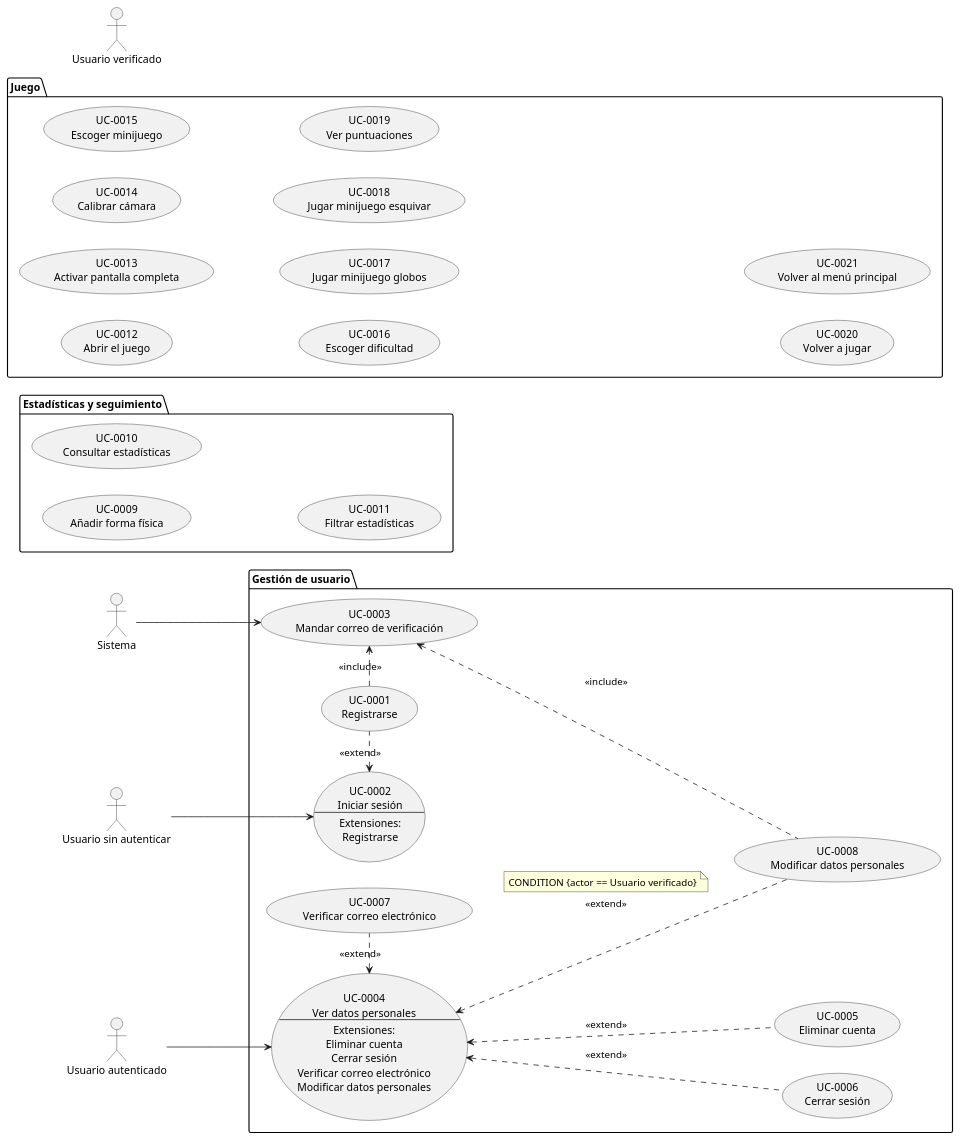
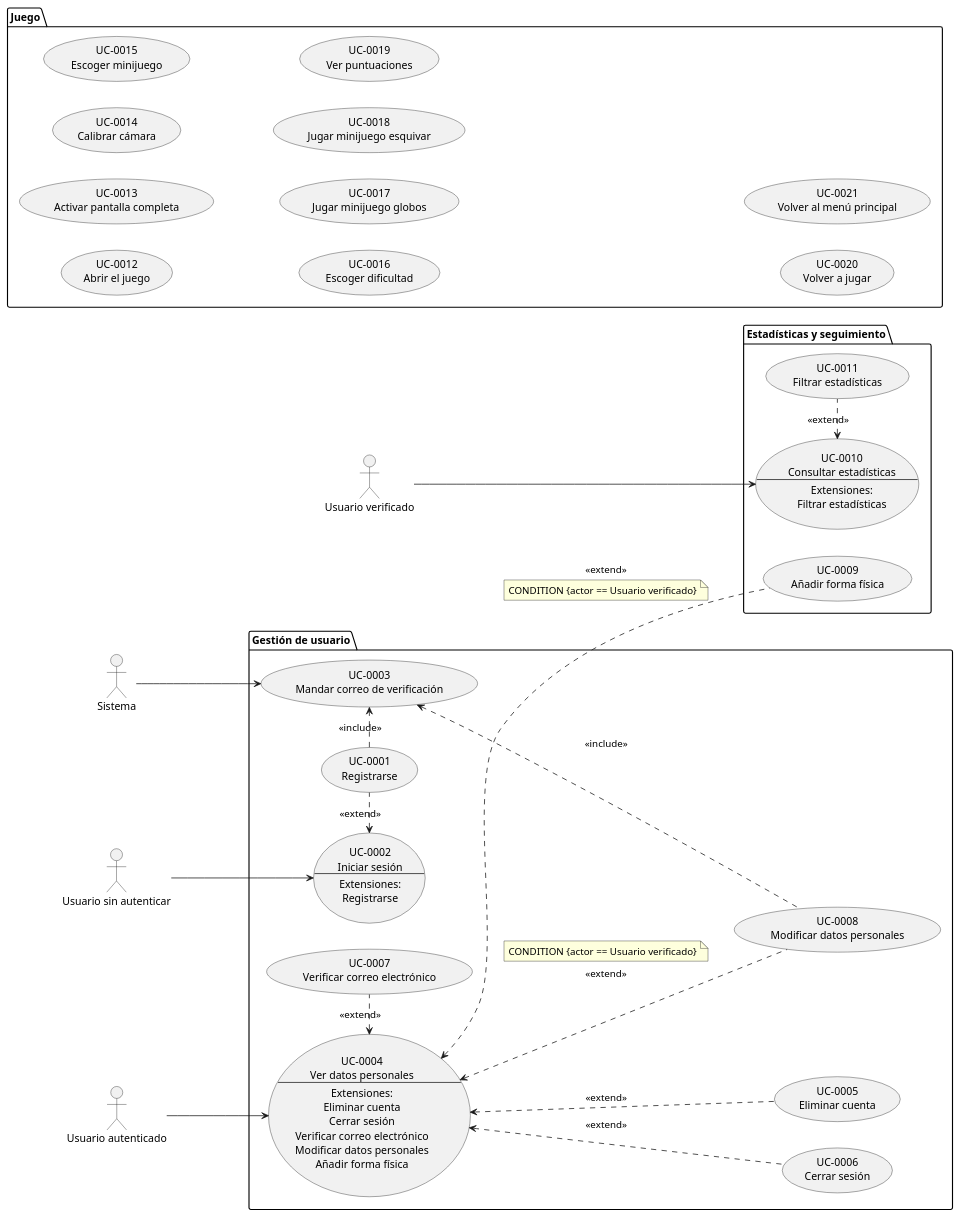
One commit to Luengor/RINL changed the diagram in docs/anexo1/plants/casosuso.puml. Above: the diagram before and after it, drawn with PlantUML.

Commit message:
diagrama cu paquete de estadísticas

```diff
--- a/docs/anexo1/plants/casosuso.puml
+++ b/docs/anexo1/plants/casosuso.puml
@@ -1,72 +1,86 @@
 @startuml "casosuso"
 
 :Sistema: as sys
 :Usuario sin autenticar: as anon
 :Usuario autenticado: as userauth
 :Usuario verificado: as userverif 
 
 left to right direction
 package "Gestión de usuario" {
     usecase UC0001 as "UC-0001\nRegistrarse"
     usecase UC0002 as "UC-0002\nIniciar sesión
     ---
     Extensiones:
     Registrarse"
     usecase UC0003 as "UC-0003\nMandar correo de verificación"
     usecase UC0006 as "UC-0006\nCerrar sesión"
     usecase UC0004 as "UC-0004\nVer datos personales
     ---
     Extensiones:
     Eliminar cuenta
     Cerrar sesión
     Verificar correo electrónico
-    Modificar datos personales"
+    Modificar datos personales
+    Añadir forma física"
     usecase UC0005 as "UC-0005\nEliminar cuenta"
     usecase UC0007 as "UC-0007\nVerificar correo electrónico"
     usecase UC0008 as "UC-0008\nModificar datos personales"
 }
 
 package "Estadísticas y seguimiento" {
     usecase UC0009 as "UC-0009\nAñadir forma física"
-    usecase UC0010 as "UC-0010\nConsultar estadísticas"
+    usecase UC0010 as "UC-0010\nConsultar estadísticas
+    ---
+    Extensiones:
+    Filtrar estadísticas"
     usecase UC0011 as "UC-0011\nFiltrar estadísticas"
 }
 
 package "Juego" {
     usecase UC0012 as "UC-0012\nAbrir el juego"
     usecase UC0013 as "UC-0013\nActivar pantalla completa"
     usecase UC0014 as "UC-0014\nCalibrar cámara"
     usecase UC0015 as "UC-0015\nEscoger minijuego"
     usecase UC0016 as "UC-0016\nEscoger dificultad"
     usecase UC0017 as "UC-0017\nJugar minijuego globos"
     usecase UC0018 as "UC-0018\nJugar minijuego esquivar"
     usecase UC0019 as "UC-0019\nVer puntuaciones"
     usecase UC0020 as "UC-0020\nVolver a jugar"
     usecase UC0021 as "UC-0021\nVolver al menú principal"
 }
 
 /'
  ' El Usuario anónimo pude iniciar sesión y registrarse, el segundo extiende del primero.
  ' El caso de uso UC0003 (Mandar correo de verificación) se incluye en registrarse.
  '/
 anon --> (UC0002)
 (UC0002) <. (UC0001) : <<extend>>
 (UC0001) .> (UC0003) : <<include>>
 sys --> (UC0003)
 
 /'
  ' El usuario autenticado (pero no verifiado) puede ver sus datos personales desde el menú. Desde ahí
  ' puede eliminar su cuenta, verificar su correo electrónico o cerrar sesión.
  ' El caso de uso UC0008 (Modificar datos personales) se extiende desde ver datos personales, pero se
  ' añade la condición de que el usuario esté verificado.
  ' Además, si la modificación de datos personales es correcta, se aplica el caso de uso UC0003
  '/
 userauth --> (UC0004)
 (UC0004) <.. (UC0005) : <<extend>>
 (UC0004) <.. (UC0006) : <<extend>>
 (UC0004) <. (UC0007) : <<extend>>
 (UC0004) <.. (UC0008) : <<extend>>
 note top of link : CONDITION {actor == Usuario verificado} 
 (UC0003) <.. (UC0008) : <<include>>
 
+/'
+ ' El usuario verificado puede realizar todos los casos de estadísicas y seguimiento.
+ ' El caso de uso UC0009 se extiende desde el menú de datos personales y el UC0011 del UC0010
+ '/
+(UC0004) <.. (UC0009) : <<extend>>
+note bottom of link : CONDITION {actor == Usuario verificado} 
+userverif --> (UC0010)
+(UC0010) <. (UC0011) : <<extend>>
+
+
 @enduml
```
